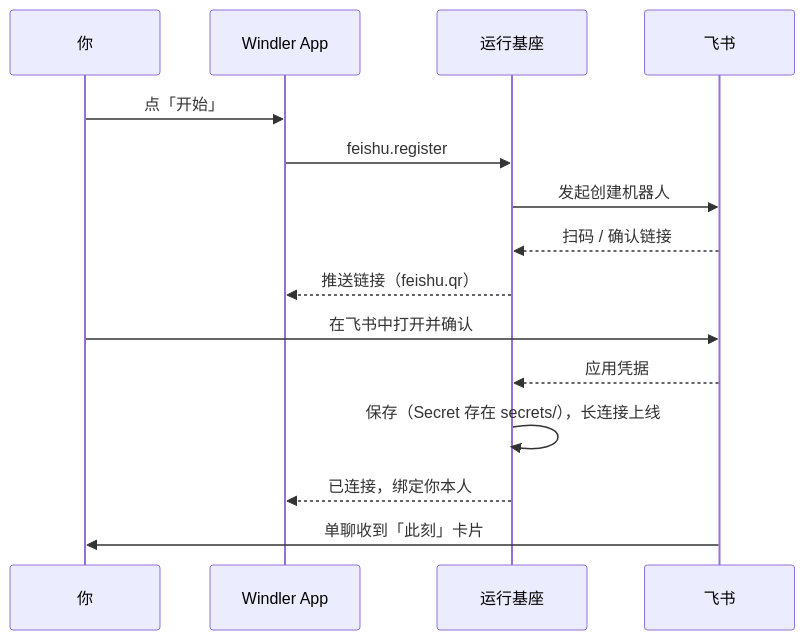
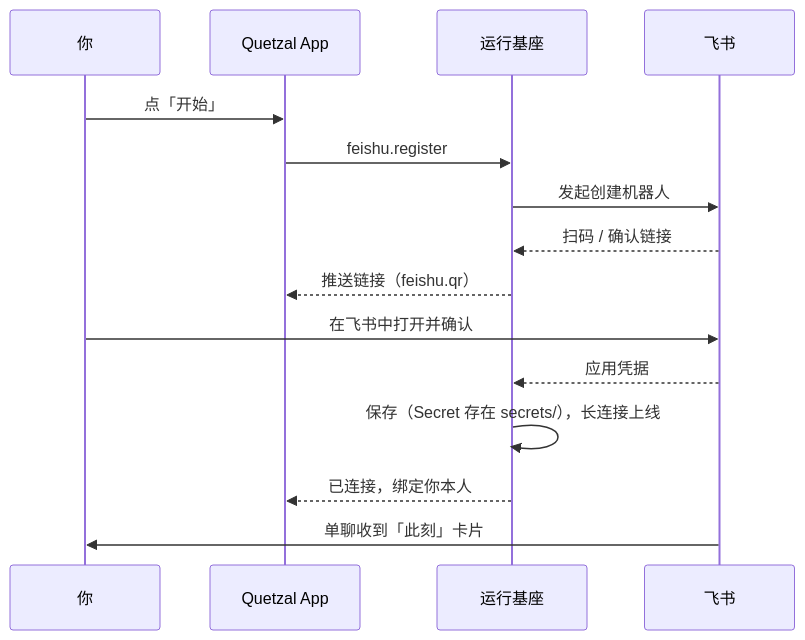
One commit to Causally-XYZ/Project.Quetzal changed the diagram in website/content/docs/zh/guide/feishu.md. Above: the diagram before and after it, drawn with Mermaid. The commit also changed 150 other files, not shown here.

First line of the commit message:
更名为 Quetzal：运行基座、控制台、npm 包、官网、文档全部由 Windler 改名

````diff
--- a/website/content/docs/zh/guide/feishu.md
+++ b/website/content/docs/zh/guide/feishu.md
@@ -19,17 +19,17 @@
 ```mermaid
 sequenceDiagram
   participant U as 你
-  participant A as Windler App
+  participant A as Quetzal App
   participant R as 运行基座
   participant F as 飞书
   U->>A: 点「开始」
   A->>R: feishu.register
   R->>F: 发起创建机器人
   F-->>R: 扫码 / 确认链接
   R-->>A: 推送链接（feishu.qr）
   U->>F: 在飞书中打开并确认
   F-->>R: 应用凭据
   R->>R: 保存（Secret 存在 secrets/），长连接上线
   R-->>A: 已连接，绑定你本人
   F->>U: 单聊收到「此刻」卡片
 ```
````
